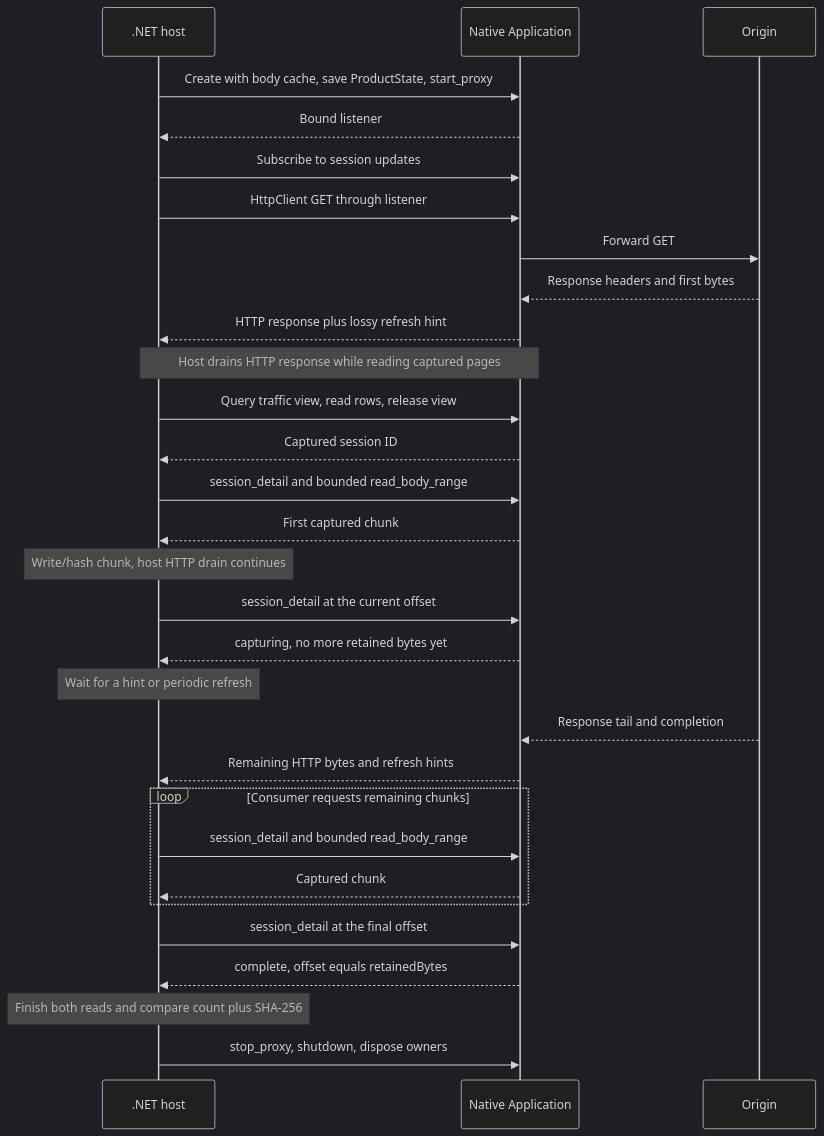
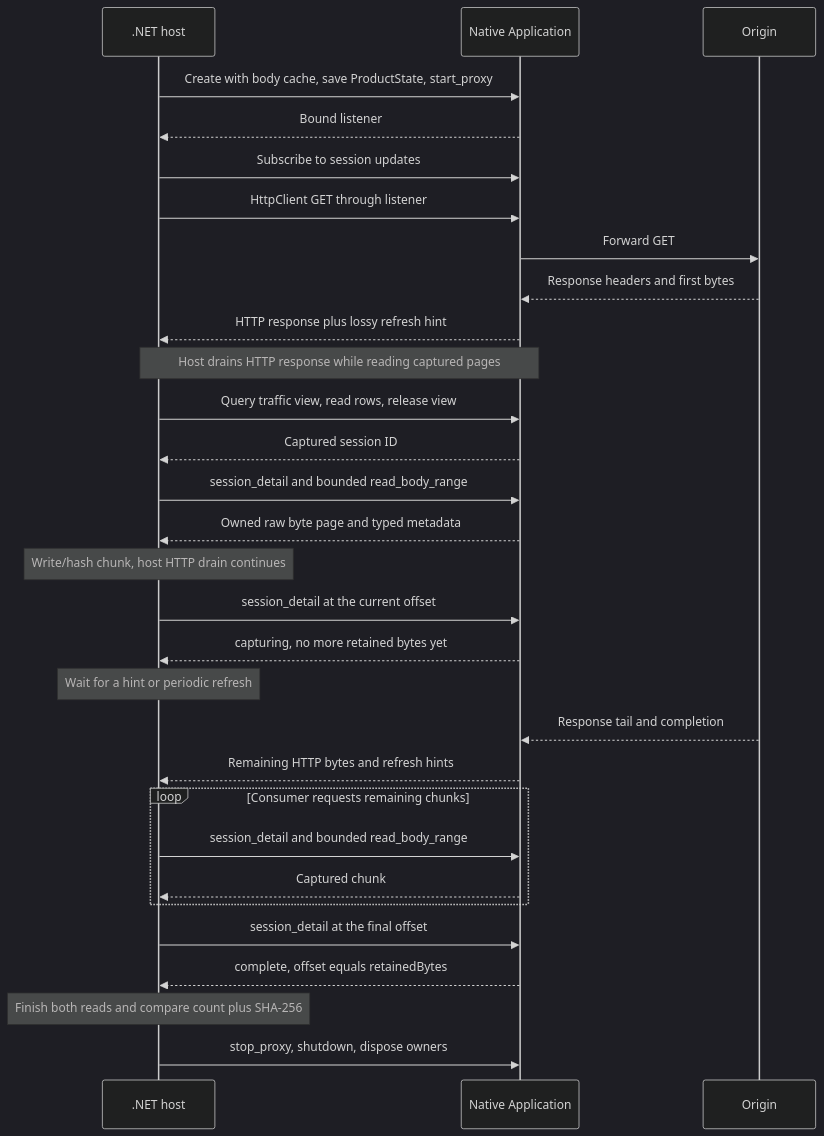
Before and after one commit to erik-anderson/transmog: the diagram in examples/dotnet-embedding/README.md, drawn with Mermaid (dark theme). The commit also changed other lines of this file and 40 other files, not shown here.

Commit message:
Use typed SDK body pages and binary desktop reads

````diff
--- a/examples/dotnet-embedding/README.md
+++ b/examples/dotnet-embedding/README.md
@@ -52,32 +53,32 @@
 ```mermaid
 sequenceDiagram
     participant Host as .NET host
     participant SDK as Native Application
     participant Origin
     Host->>SDK: Create with body cache, save ProductState, start_proxy
     SDK-->>Host: Bound listener
     Host->>SDK: Subscribe to session updates
     Host->>SDK: HttpClient GET through listener
     SDK->>Origin: Forward GET
     Origin-->>SDK: Response headers and first bytes
     SDK-->>Host: HTTP response plus lossy refresh hint
     Note over Host,SDK: Host drains HTTP response while reading captured pages
     Host->>SDK: Query traffic view, read rows, release view
     SDK-->>Host: Captured session ID
     Host->>SDK: session_detail and bounded read_body_range
-    SDK-->>Host: First captured chunk
+    SDK-->>Host: Owned raw byte page and typed metadata
     Note over Host: Write/hash chunk, host HTTP drain continues
     Host->>SDK: session_detail at the current offset
     SDK-->>Host: capturing, no more retained bytes yet
     Note over Host: Wait for a hint or periodic refresh
     Origin-->>SDK: Response tail and completion
     SDK-->>Host: Remaining HTTP bytes and refresh hints
     loop Consumer requests remaining chunks
         Host->>SDK: session_detail and bounded read_body_range
         SDK-->>Host: Captured chunk
     end
     Host->>SDK: session_detail at the final offset
     SDK-->>Host: complete, offset equals retainedBytes
     Note over Host: Finish both reads and compare count plus SHA-256
     Host->>SDK: stop_proxy, shutdown, dispose owners
 ```
````
